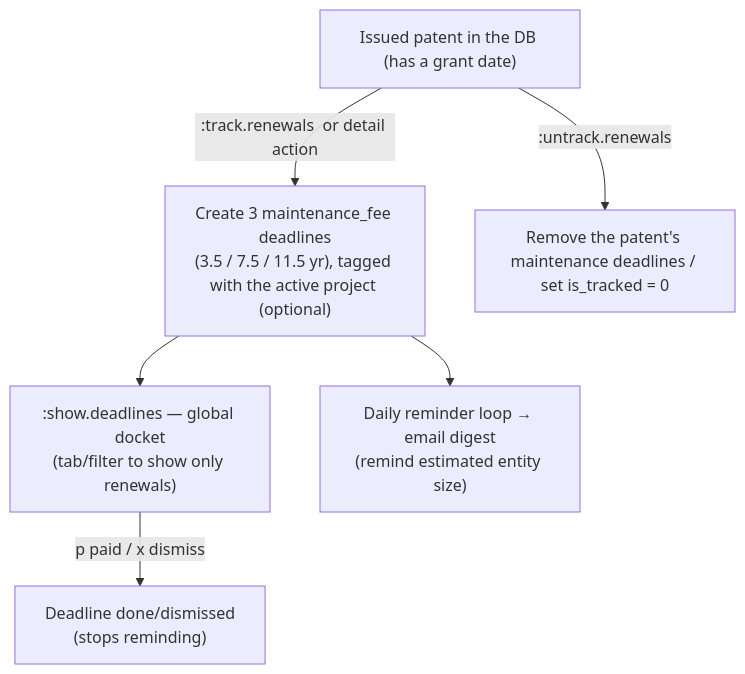
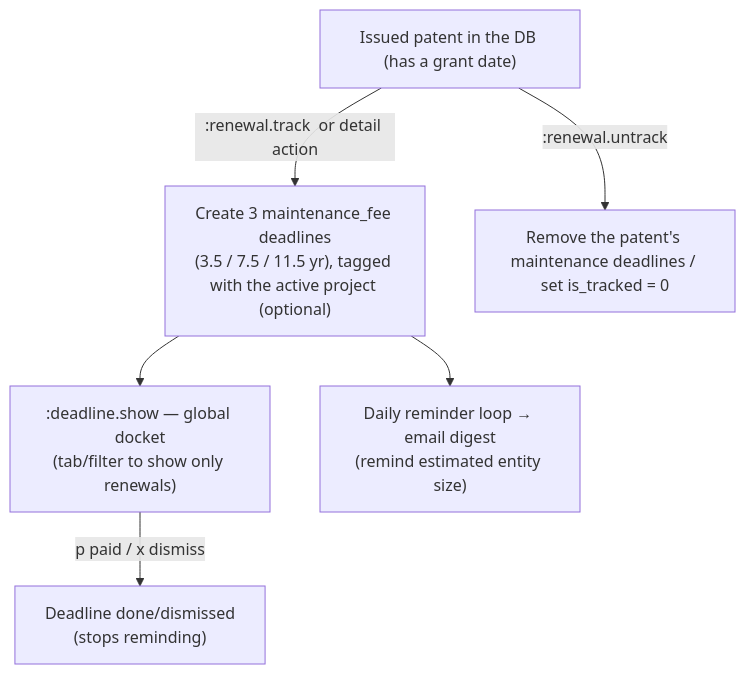
One commit to fjmalass/PatentMine changed the diagram in docs/14_TUI_RENEWALS.md. Above: the diagram before and after it, drawn with Mermaid. The commit also changed other lines of this file and 19 other files, not shown here.

````diff
--- a/docs/14_TUI_RENEWALS.md
+++ b/docs/14_TUI_RENEWALS.md
@@ -150,8 +150,8 @@
 ```mermaid
 flowchart TD
-    A["Issued patent in the DB (has a grant date)"] -->|":track.renewals <num>" or detail action| B["Create 3 maintenance_fee deadlines\n(3.5 / 7.5 / 11.5 yr), tagged with the active project (optional)"]
-    B --> C[":show.deadlines — global docket\n(tab/filter to show only renewals)"]
+    A["Issued patent in the DB (has a grant date)"] -->|":renewal.track <num>" or detail action| B["Create 3 maintenance_fee deadlines\n(3.5 / 7.5 / 11.5 yr), tagged with the active project (optional)"]
+    B --> C[":deadline.show — global docket\n(tab/filter to show only renewals)"]
     B --> D["Daily reminder loop → email digest\n(remind estimated entity size)"]
     C -->|"p paid / x dismiss"| E["Deadline done/dismissed\n(stops reminding)"]
-    A -->|":untrack.renewals <num>"| F["Remove the patent's maintenance deadlines / set is_tracked = 0"]
+    A -->|":renewal.untrack <num>"| F["Remove the patent's maintenance deadlines / set is_tracked = 0"]
 ```
````
